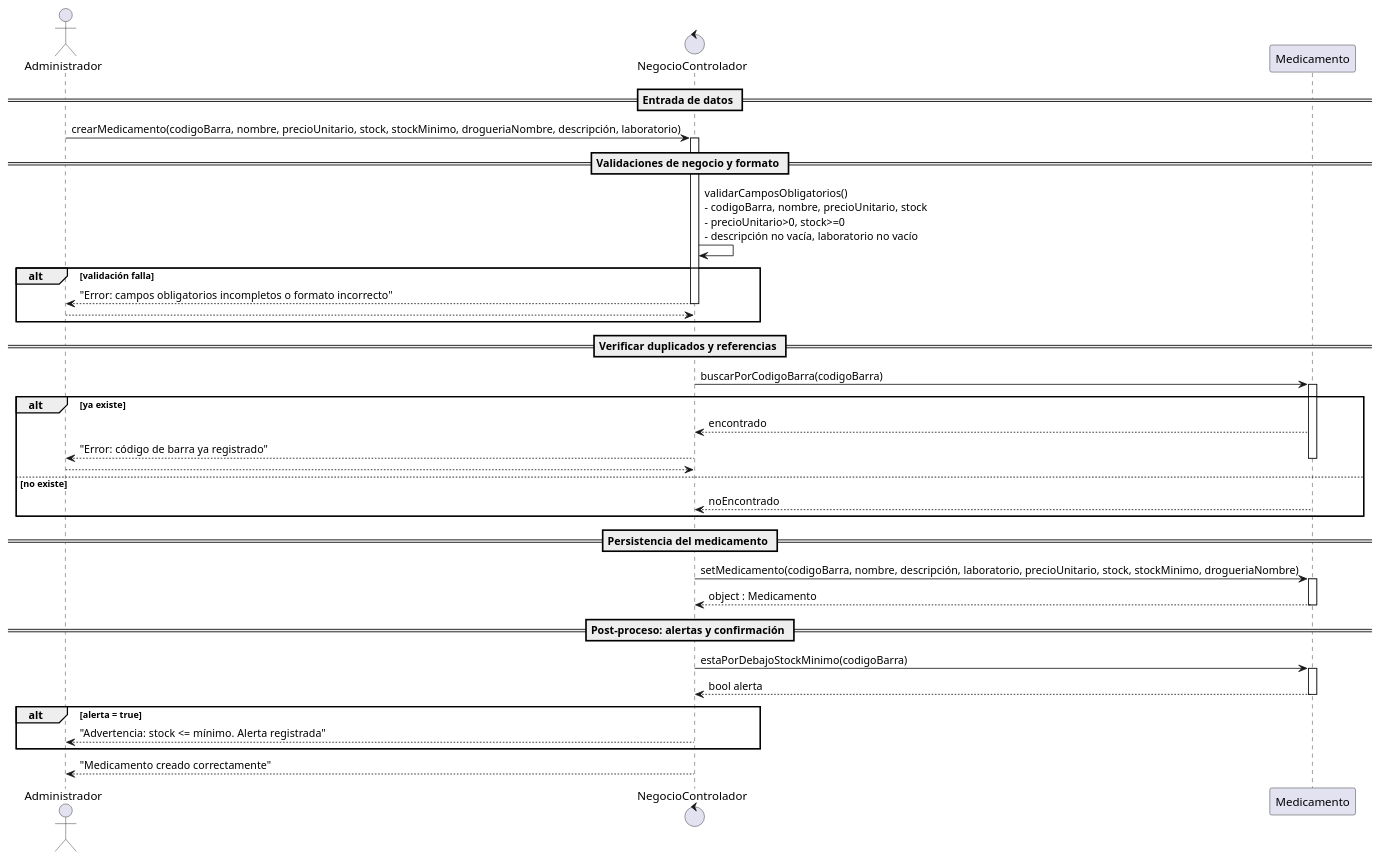
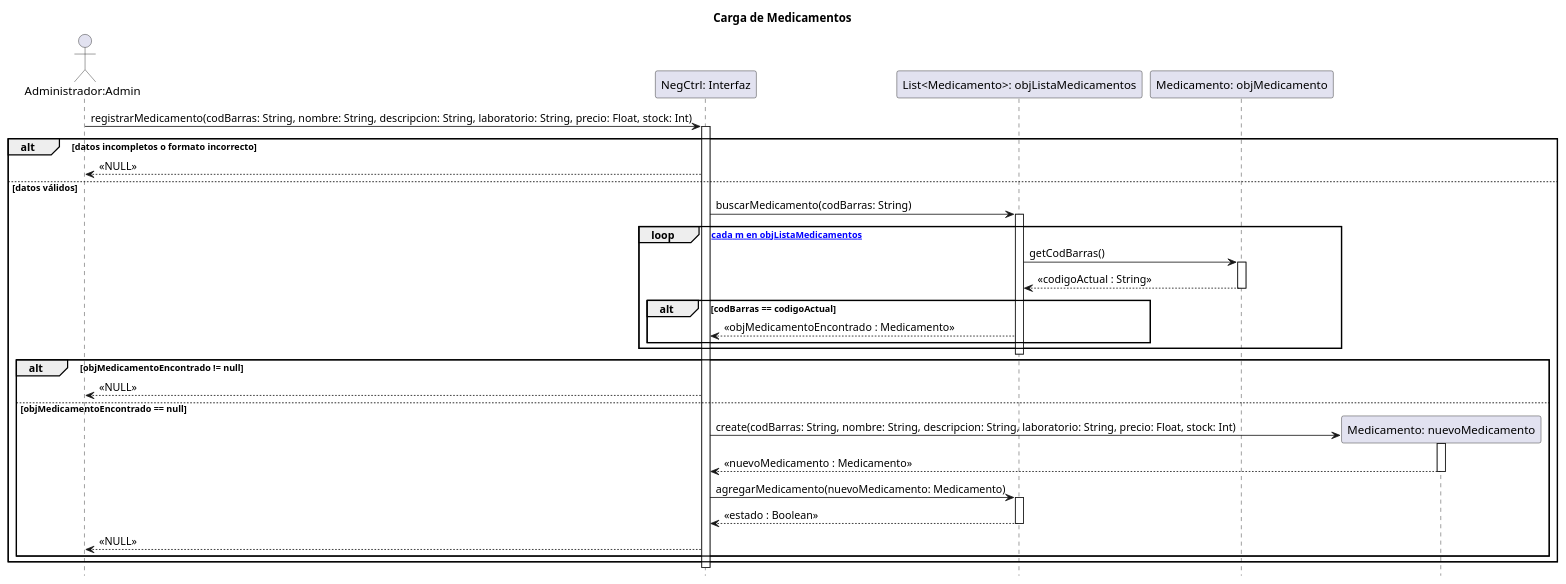
Before and after one commit to zEzequR/PF-I: the diagram in 08 - Diagramas de Secuencia de Diseño/CargaMedicamentos/CargaMedicamentos.puml, drawn with PlantUML. The commit also changed 34 other files, not shown here.

Commit message:
Nuevos Diagramas

```diff
--- a/08 - Diagramas de Secuencia de Diseño/CargaMedicamentos/CargaMedicamentos.puml
+++ b/08 - Diagramas de Secuencia de Diseño/CargaMedicamentos/CargaMedicamentos.puml
@@ -1,53 +1,56 @@
-@startuml Carga_Medicamentos
+@startuml
+title Carga de Medicamentos
 
-actor Administrador
-control NegocioControlador
-participant Medicamento
+hide footbox
 
-== Entrada de datos ==
-Administrador -> NegocioControlador : crearMedicamento(codigoBarra, nombre, precioUnitario, stock, stockMinimo, drogueriaNombre, descripción, laboratorio)
-activate NegocioControlador
+actor "Administrador:Admin" as admin
+participant "NegCtrl: Interfaz" as NegCtrl
 
-== Validaciones de negocio y formato ==
-NegocioControlador -> NegocioControlador : validarCamposObligatorios()\n- codigoBarra, nombre, precioUnitario, stock\n- precioUnitario>0, stock>=0\n- descripción no vacía, laboratorio no vacío
-alt validación falla
-  NegocioControlador --> Administrador : "Error: campos obligatorios incompletos o formato incorrecto"
-  deactivate NegocioControlador
-  return
-end
+participant "List<Medicamento>: objListaMedicamentos" as lista
+participant "Medicamento: objMedicamento" as med
+participant "Medicamento: nuevoMedicamento" as newMed
 
-== Verificar duplicados y referencias ==
-NegocioControlador -> Medicamento : buscarPorCodigoBarra(codigoBarra)
-activate Medicamento
-alt ya existe
-  Medicamento --> NegocioControlador : encontrado
-  NegocioControlador --> Administrador : "Error: código de barra ya registrado"
-  deactivate Medicamento
-  deactivate NegocioControlador
-  return
-else no existe
-  Medicamento --> NegocioControlador : noEncontrado
-end
-deactivate Medicamento
+admin -> NegCtrl : registrarMedicamento(codBarras: String, nombre: String, descripcion: String, laboratorio: String, precio: Float, stock: Int)
+activate NegCtrl
 
-== Persistencia del medicamento ==
-NegocioControlador -> Medicamento : setMedicamento(codigoBarra, nombre, descripción, laboratorio, precioUnitario, stock, stockMinimo, drogueriaNombre)
-activate Medicamento
-Medicamento --> NegocioControlador : object : Medicamento
-deactivate Medicamento
+    alt datos incompletos o formato incorrecto
+        NegCtrl --> admin : <<NULL>>
+    else datos válidos
+    
+        NegCtrl -> lista : buscarMedicamento(codBarras: String)
+        activate lista
+        
+        loop [para cada m en objListaMedicamentos]
+            lista -> med : getCodBarras()
+            activate med
+            med --> lista : << codigoActual : String >>
+            deactivate med
+            
+            alt codBarras == codigoActual
+                lista --> NegCtrl : << objMedicamentoEncontrado : Medicamento >>
+            end
+        end
+        deactivate lista
+        
+        alt objMedicamentoEncontrado != null
+            NegCtrl --> admin : <<NULL>>
+            
+        else objMedicamentoEncontrado == null
 
-== Post-proceso: alertas y confirmación ==
-NegocioControlador -> Medicamento : estaPorDebajoStockMinimo(codigoBarra)
-activate Medicamento
-Medicamento --> NegocioControlador : bool alerta
-deactivate Medicamento
+            NegCtrl -> newMed ** : create(codBarras: String, nombre: String, descripcion: String, laboratorio: String, precio: Float, stock: Int)
+            activate newMed
+            newMed --> NegCtrl : << nuevoMedicamento : Medicamento >>
+            deactivate newMed
 
-alt alerta = true
-  NegocioControlador --> Administrador : "Advertencia: stock <= mínimo. Alerta registrada"
-end
+            NegCtrl -> lista : agregarMedicamento(nuevoMedicamento: Medicamento)
+            activate lista
+            lista --> NegCtrl : << estado : Boolean >>
+            deactivate lista
 
-NegocioControlador --> Administrador : "Medicamento creado correctamente"
+            NegCtrl --> admin : <<NULL>>
+        end
+        
+    end
 
-deactivate NegocioControlador
-
+deactivate NegCtrl
 @enduml
```
